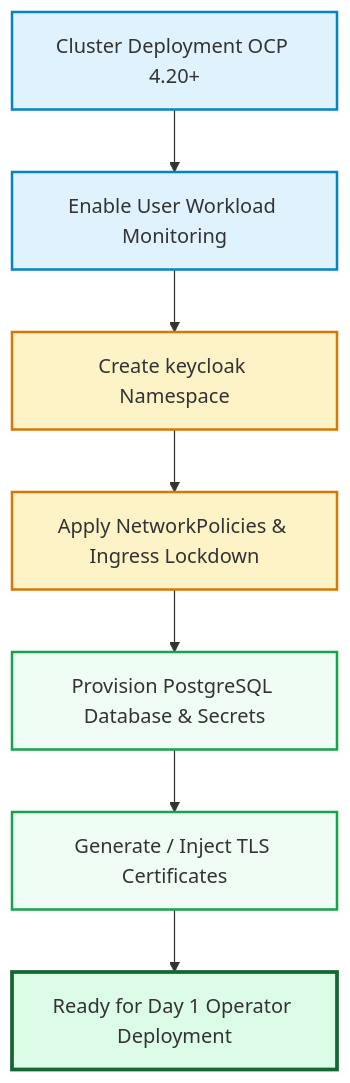
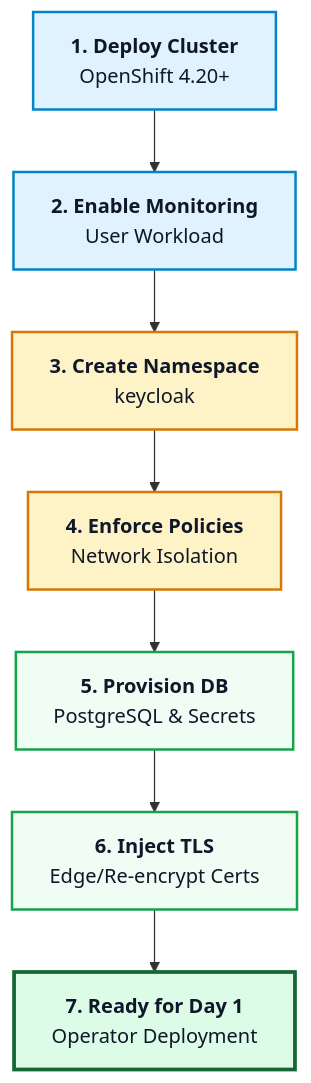
The diagram in docs/DAY0_PREREQUISITES.md (nubenetes/keycloak-openshift-2026), drawn with Mermaid before and after one commit. The commit also changed 11 other files, not shown here.

Commit message:
fix(docs): optimize Mermaid architecture and sequence diagrams with text-wrapped node labels and improved layout

````diff
--- a/docs/DAY0_PREREQUISITES.md
+++ b/docs/DAY0_PREREQUISITES.md
@@ -21,17 +21,17 @@
 ```mermaid
 graph TD
-    A[Cluster Deployment OCP 4.20+] --> B[Enable User Workload Monitoring]
-    B --> C[Create keycloak Namespace]
-    C --> D[Apply NetworkPolicies & Ingress Lockdown]
-    D --> E[Provision PostgreSQL Database & Secrets]
-    E --> F[Generate / Inject TLS Certificates]
-    F --> G[Ready for Day 1 Operator Deployment]
+    A["<b>1. Deploy Cluster</b><br/>OpenShift 4.20+"] --> B["<b>2. Enable Monitoring</b><br/>User Workload"]
+    B --> C["<b>3. Create Namespace</b><br/>keycloak"]
+    C --> D["<b>4. Enforce Policies</b><br/>Network Isolation"]
+    D --> E["<b>5. Provision DB</b><br/>PostgreSQL & Secrets"]
+    E --> F["<b>6. Inject TLS</b><br/>Edge/Re-encrypt Certs"]
+    F --> G["<b>7. Ready for Day 1</b><br/>Operator Deployment"]
 
-    style A fill:#e0f2fe,stroke:#0284c7,stroke-width:2px;
-    style B fill:#e0f2fe,stroke:#0284c7,stroke-width:2px;
-    style C fill:#fef3c7,stroke:#d97706,stroke-width:2px;
-    style D fill:#fef3c7,stroke:#d97706,stroke-width:2px;
-    style E fill:#f0fdf4,stroke:#16a34a,stroke-width:2px;
-    style F fill:#f0fdf4,stroke:#16a34a,stroke-width:2px;
-    style G fill:#dcfce7,stroke:#166534,stroke-width:3px;
+    style A fill:#e0f2fe,stroke:#0284c7,stroke-width:2px,color:#0f172a;
+    style B fill:#e0f2fe,stroke:#0284c7,stroke-width:2px,color:#0f172a;
+    style C fill:#fef3c7,stroke:#d97706,stroke-width:2px,color:#0f172a;
+    style D fill:#fef3c7,stroke:#d97706,stroke-width:2px,color:#0f172a;
+    style E fill:#f0fdf4,stroke:#16a34a,stroke-width:2px,color:#0f172a;
+    style F fill:#f0fdf4,stroke:#16a34a,stroke-width:2px,color:#0f172a;
+    style G fill:#dcfce7,stroke:#166534,stroke-width:3px,color:#0f172a;
 ```
````
